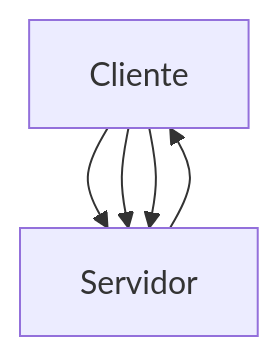
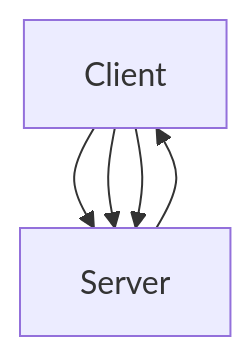
Before and after one commit to EduardoZepeda/coffee-bytes-hugo: the fourth of 5 diagrams in content/posts/que-es-grpc-y-para-que-sirven-los-protobuffers/index.en.md, drawn with Mermaid. The commit also changed other lines of this file and 2 other files, not shown here.

````diff
--- a/content/posts/que-es-grpc-y-para-que-sirven-los-protobuffers/index.en.md
+++ b/content/posts/que-es-grpc-y-para-que-sirven-los-protobuffers/index.en.md
@@ -145,7 +145,7 @@
 ``` mermaid
 graph TD;
-    Cliente-->Servidor;
-    Cliente-->Servidor;
-    Cliente-->Servidor;
-    Servidor-->Cliente;
+    Client-->Server;
+    Client-->Server;
+    Client-->Server;
+    Server-->Client;
 ```
````
